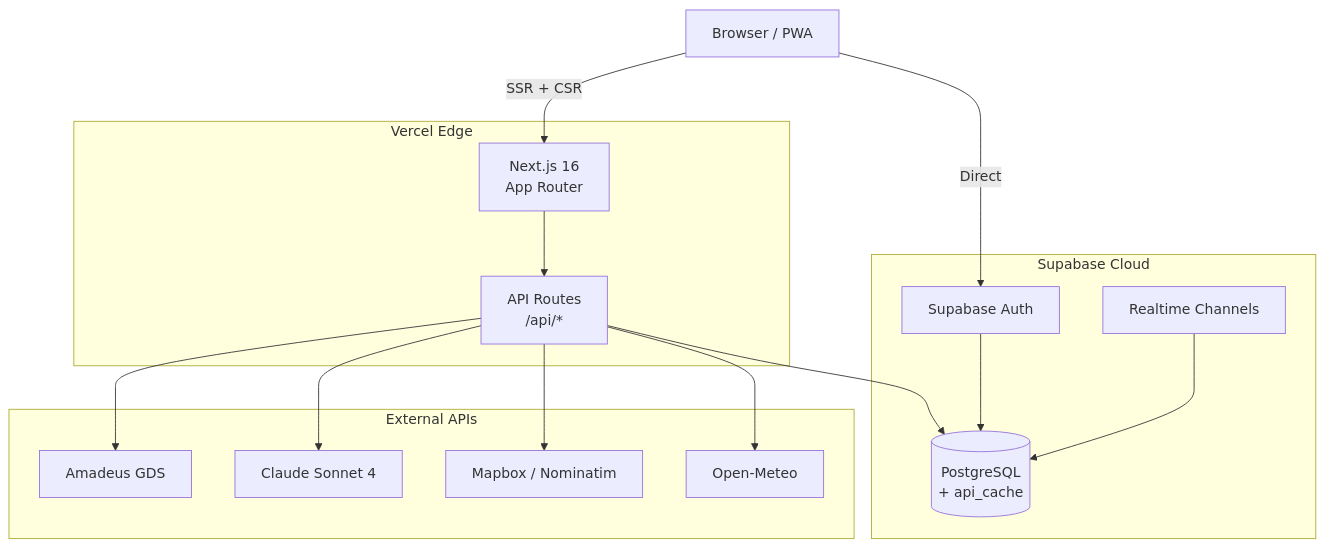
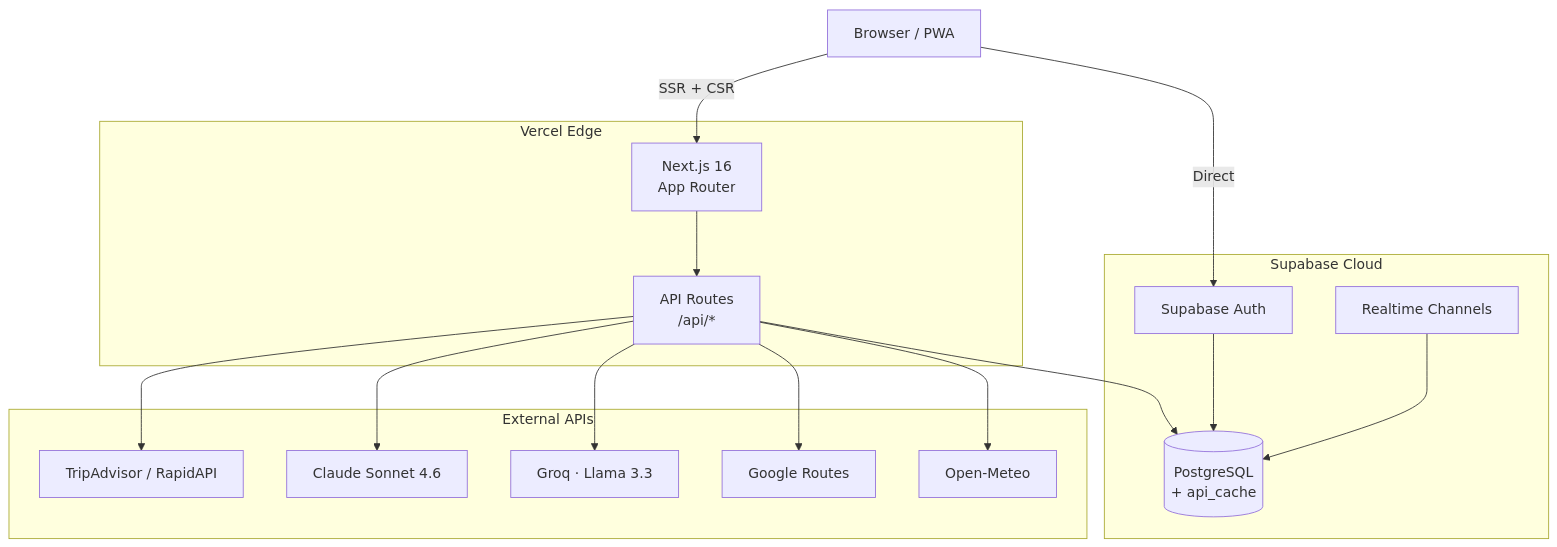
The second of 7 diagrams in docs/architecture.md (robertalc1/TravelTwin), drawn with Mermaid before and after one commit. The commit also changed other lines of this file and 2 other files, not shown here.

First line of the commit message:
docs: scrub remaining Amadeus refs from thesis docs and architecture diagrams

````diff
--- a/docs/architecture.md
+++ b/docs/architecture.md
@@ -39,33 +42,35 @@
 ```mermaid
 graph TB
     Browser[Browser / PWA]
 
     subgraph Vercel["Vercel Edge"]
         Next[Next.js 16<br/>App Router]
         APIRoutes[API Routes<br/>/api/*]
     end
 
     subgraph SupabaseCloud["Supabase Cloud"]
         Auth[Supabase Auth]
         DB[(PostgreSQL<br/>+ api_cache)]
         Realtime[Realtime Channels]
     end
 
     subgraph ExternalAPIs["External APIs"]
-        AmadeusGDS[Amadeus GDS]
-        ClaudeAPI[Claude Sonnet 4]
-        MapboxAPI[Mapbox / Nominatim]
+        TripAdvisorAPI[TripAdvisor / RapidAPI]
+        ClaudeAPI[Claude Sonnet 4.6]
+        GroqAPI[Groq · Llama 3.3]
+        GoogleRoutesAPI[Google Routes]
         OpenMeteoAPI[Open-Meteo]
     end
 
     Browser -->|SSR + CSR| Next
     Browser -->|Direct| Auth
     Next --> APIRoutes
-    APIRoutes --> AmadeusGDS
+    APIRoutes --> TripAdvisorAPI
     APIRoutes --> ClaudeAPI
-    APIRoutes --> MapboxAPI
+    APIRoutes --> GroqAPI
+    APIRoutes --> GoogleRoutesAPI
     APIRoutes --> OpenMeteoAPI
     APIRoutes --> DB
     Auth --> DB
     Realtime --> DB
 ```
````
